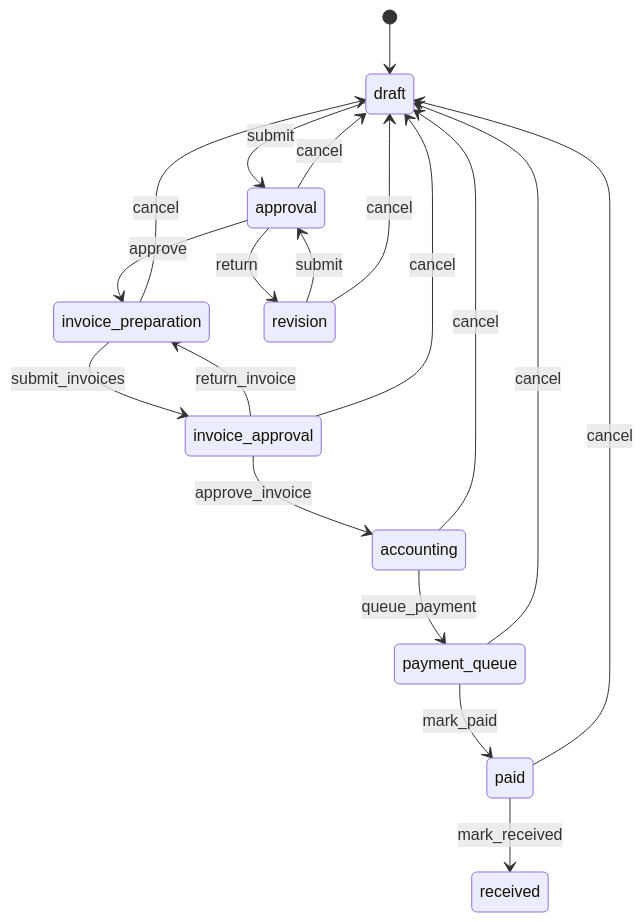
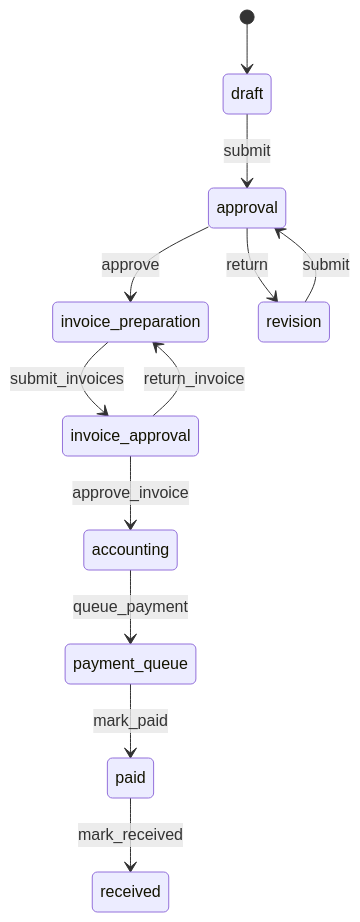
The diagram in docs/purchase_requests/purchase_requests_module.md (dimnok/projectgt), drawn with Mermaid before and after one commit. The commit also changed other lines of this file and 11 other files, not shown here.

````diff
--- a/docs/purchase_requests/purchase_requests_module.md
+++ b/docs/purchase_requests/purchase_requests_module.md
@@ -703,21 +708,14 @@
 ```mermaid
 stateDiagram-v2
     [*] --> draft
     draft --> approval: submit
     approval --> invoice_preparation: approve
     approval --> revision: return
     revision --> approval: submit
     invoice_preparation --> invoice_approval: submit_invoices
     invoice_approval --> accounting: approve_invoice
     invoice_approval --> invoice_preparation: return_invoice
     accounting --> payment_queue: queue_payment
     payment_queue --> paid: mark_paid
     paid --> received: mark_received
-    approval --> draft: cancel
-    revision --> draft: cancel
-    invoice_preparation --> draft: cancel
-    invoice_approval --> draft: cancel
-    accounting --> draft: cancel
-    payment_queue --> draft: cancel
-    paid --> draft: cancel
 ```
````
